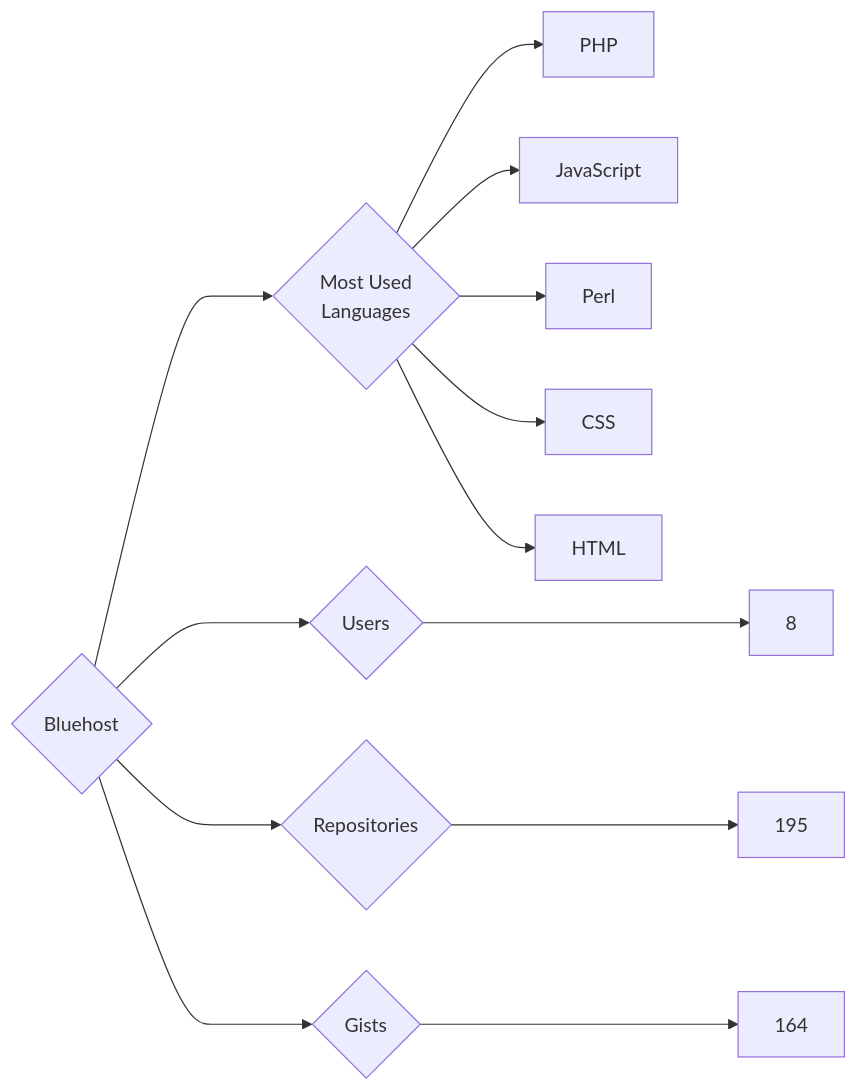
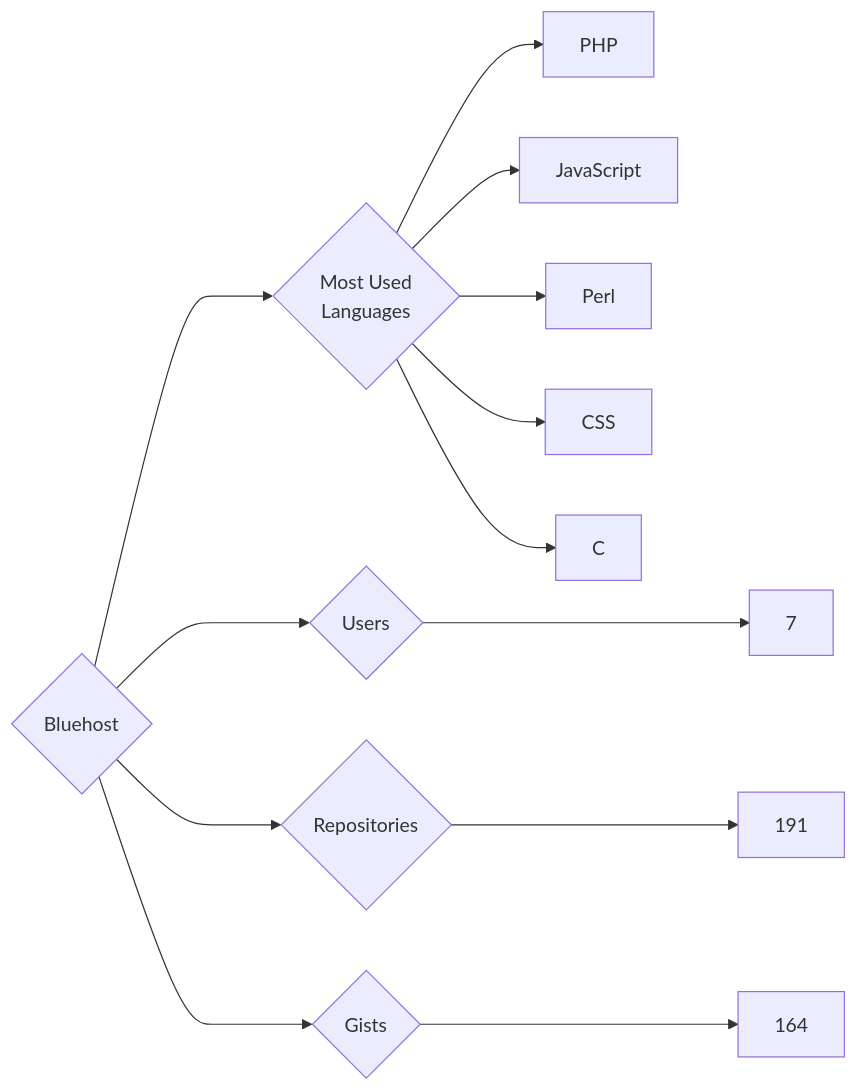
The diagram in targets/Bluehost/README.md (trickest/insiders), drawn with Mermaid before and after one commit. The commit also changed 914 other files, not shown here.

````diff
--- a/targets/Bluehost/README.md
+++ b/targets/Bluehost/README.md
@@ -3,13 +3,13 @@
 ```mermaid
 graph LR
 COMPANY_NAME{Bluehost}
-COMPANY_NAME ---> U{Users} ---> UN[8]
-COMPANY_NAME ---> R{Repositories} ---> RN[195]
+COMPANY_NAME ---> U{Users} ---> UN[7]
+COMPANY_NAME ---> R{Repositories} ---> RN[191]
 COMPANY_NAME ---> G{Gists} ---> GN[164]
 COMPANY_NAME ---> ML{Most Used<br>Languages}
 ML --> PHP[PHP]
 ML --> JavaScript[JavaScript]
 ML --> Perl[Perl]
 ML --> CSS[CSS]
-ML --> HTML[HTML]
+ML --> C[C]
 ```
````
